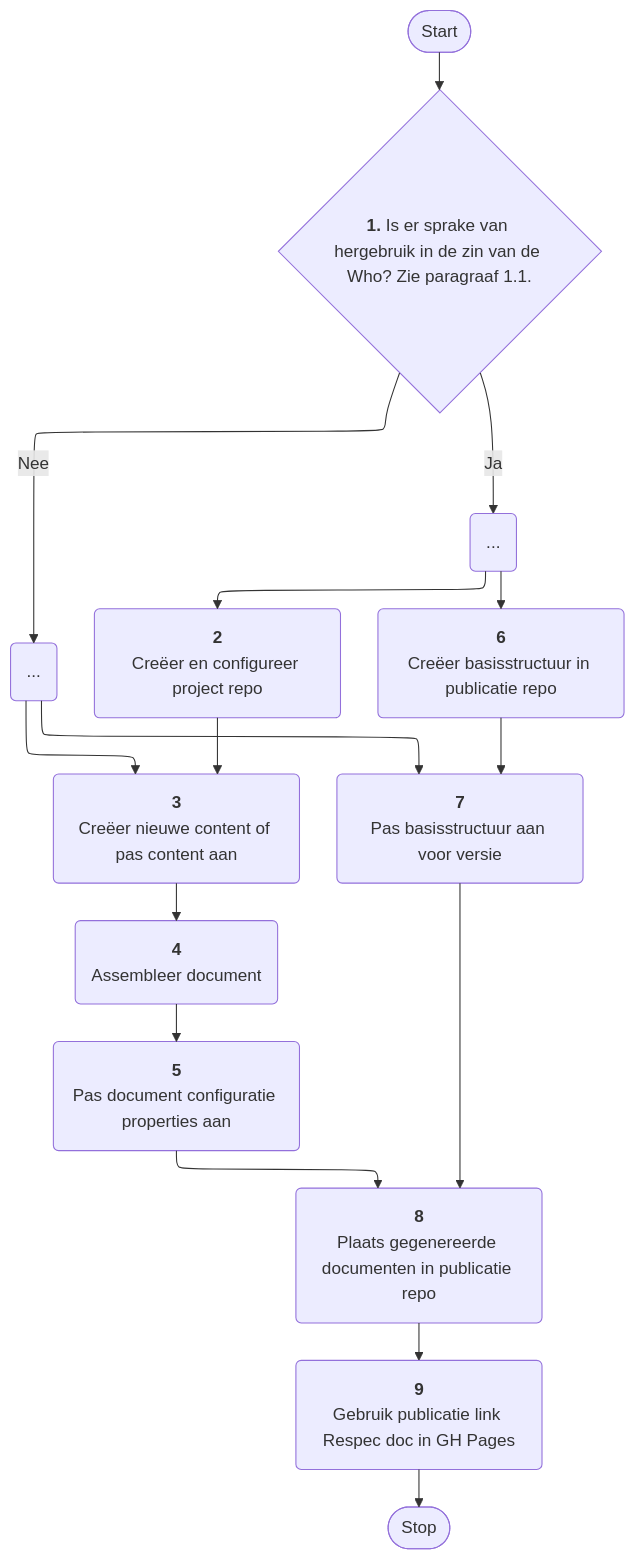
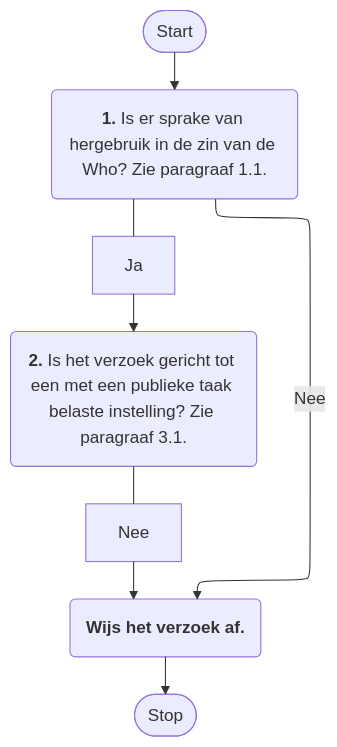
One commit to VNG-Realisatie/VNG-R-Respec-Template changed the second of 11 diagrams in mermaid.md. Above: the diagram before and after it, drawn with Mermaid.

````diff
--- a/mermaid.md
+++ b/mermaid.md
@@ -64,19 +64,9 @@
 ```mermaid
 %%{init: {"flowchart": {"defaultRenderer": "elk"}} }%%
 graph TD
-    A([Start])---->B{"<b>1.</b> Is er sprake van hergebruik in de zin van de Who? Zie paragraaf 1.1."}
-    B{"<b>1.</b> Is er sprake van hergebruik in de zin van de Who? Zie paragraaf 1.1."}--Nee-->C("...")
-    C("...")---->D("<b>3</b><br/>Creëer nieuwe content of pas content aan")
-    C("...")---->E("<b>5</b><br/>Pas basisstructuur aan voor versie")
-    D("<b>3</b><br/>Creëer nieuwe content of pas content aan")---->I("<b>4</b><br/>Assembleer document")
-    I("<b>4</b><br/>Assembleer document")---->J("<b>5</b><br/>Pas document configuratie properties aan")
-    B{"<b>1.</b> Is er sprake van hergebruik in de zin van de Who? Zie paragraaf 1.1."}--Ja-->F("...")
-    F("...")---->G("<b>2</b><br/>Creëer en configureer project repo")
-    F("...")---->H("<b>6</b><br/>Creëer basisstructuur in publicatie repo")
-    G("<b>2</b><br/>Creëer en configureer project repo")---->D("<b>3</b><br/>Creëer nieuwe content of pas content aan")
-    H("<b>6</b><br/>Creëer basisstructuur in publicatie repo")---->E("<b>7</b><br/>Pas basisstructuur aan voor versie")
-    E("<b>7</b><br/>Pas basisstructuur aan voor versie")---->K("<b>8</b><br/>Plaats gegenereerde documenten in publicatie repo")
-    K("<b>8</b><br/>Plaats gegenereerde documenten in publicatie repo")---->L("<b>9</b><br/>Gebruik publicatie link Respec doc in GH Pages")
-    J("<b>5</b><br/>Pas document configuratie properties aan")---->K("<b>8</b><br/>Plaats gegenereerde documenten in publicatie repo")
-    L("<b>9</b><br/>Gebruik publicatie link Respec doc in GH Pages")---->M([Stop])
+    A([Start])---->B{"<b>1.</b> Is er sprakevan hergebruik in de zin van de Who? Zie paragraaf 1.1."}
+    B{"<b>1.</b> Is er sprake van hergebruik in de zin van de Who? Zie paragraaf 1.1."}--Nee-->L("<b>Wijs het verzoek af.</b>")
+    B("<b>1.</b> Is er sprake van hergebruik in de zin van de Who? Zie paragraaf 1.1.")--- Ja --->C("<b>2.</b> Is het verzoek gericht tot een met een publieke taak belaste instelling? Zie paragraaf 3.1.")
+    C("<b>2.</b> Is het verzoek gericht tot een met een publieke taak belaste instelling? Zie paragraaf 3.1.")--- Nee --->L("<b>Wijs het verzoek af.</b>")
+    L("<b>Wijs het verzoek af.</b>")---->M([Stop])
 ```
````
